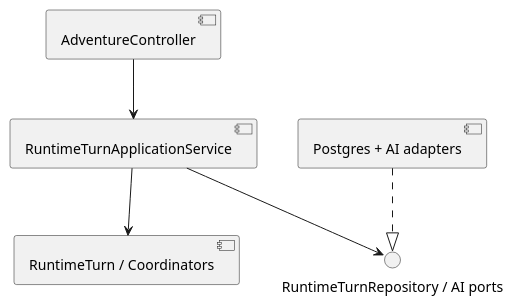
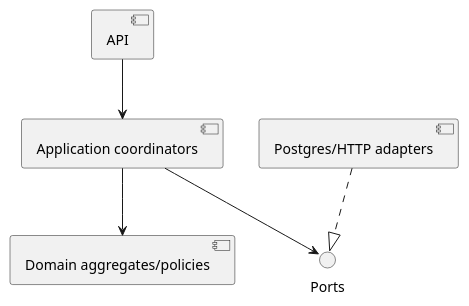
One commit to omegafrog/dnd-master changed the third of 3 diagrams in docs/specs/architecture-spec.md. Above: the diagram before and after it, drawn with PlantUML. The commit also changed other lines of this file and 11 other files, not shown here.

````diff
--- a/docs/specs/architecture-spec.md
+++ b/docs/specs/architecture-spec.md
@@ -236,13 +179,13 @@
 ```plantuml
 @startuml
-component "AdventureController" as entry
-component "RuntimeTurnApplicationService" as app
-component "RuntimeTurn / Coordinators" as domain
-interface "RuntimeTurnRepository / AI ports" as ports
-component "Postgres + AI adapters" as infra
-entry --> app
+component "API" as api
+component "Application coordinators" as app
+component "Domain aggregates/policies" as domain
+interface "Ports" as ports
+component "Postgres/HTTP adapters" as infra
+api --> app
 app --> domain
 app --> ports
 infra ..|> ports
 @enduml
 ```
````
